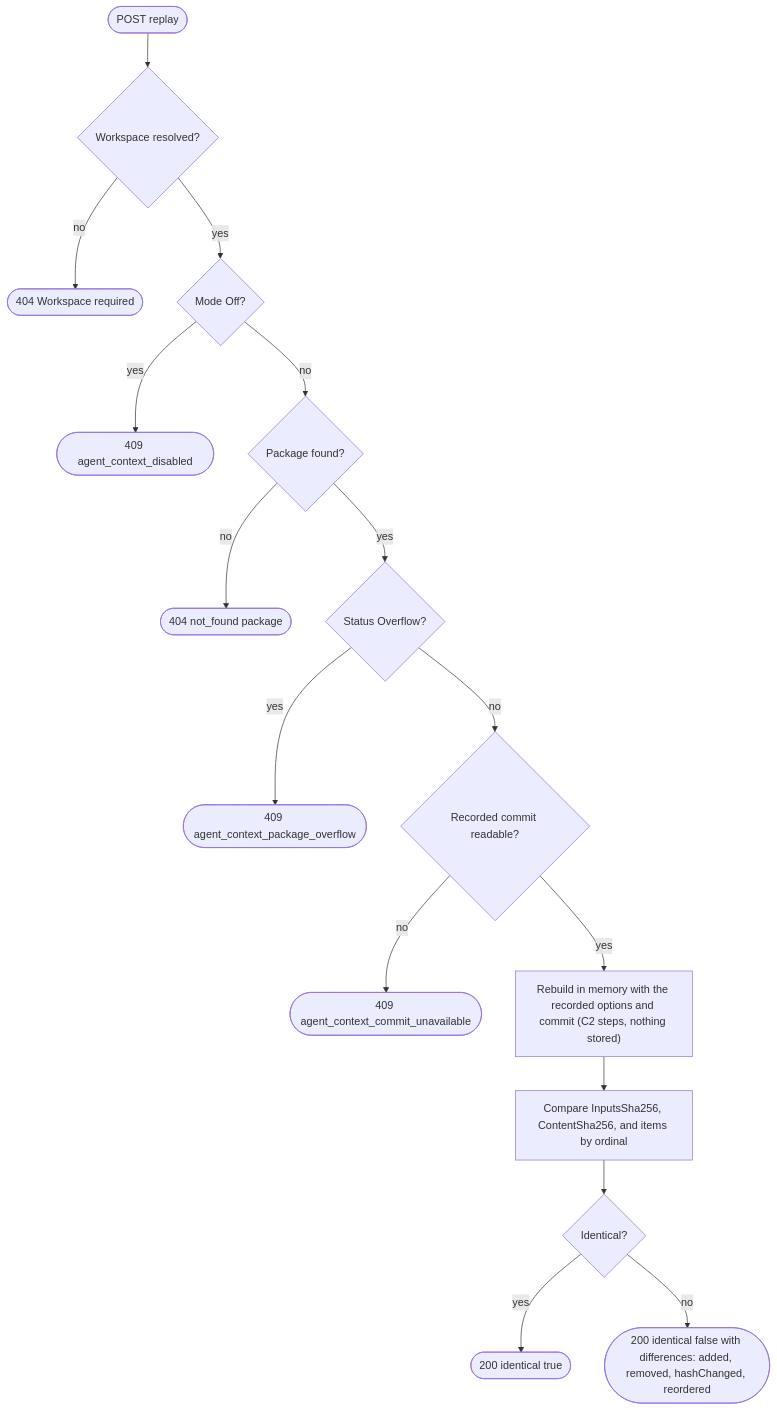
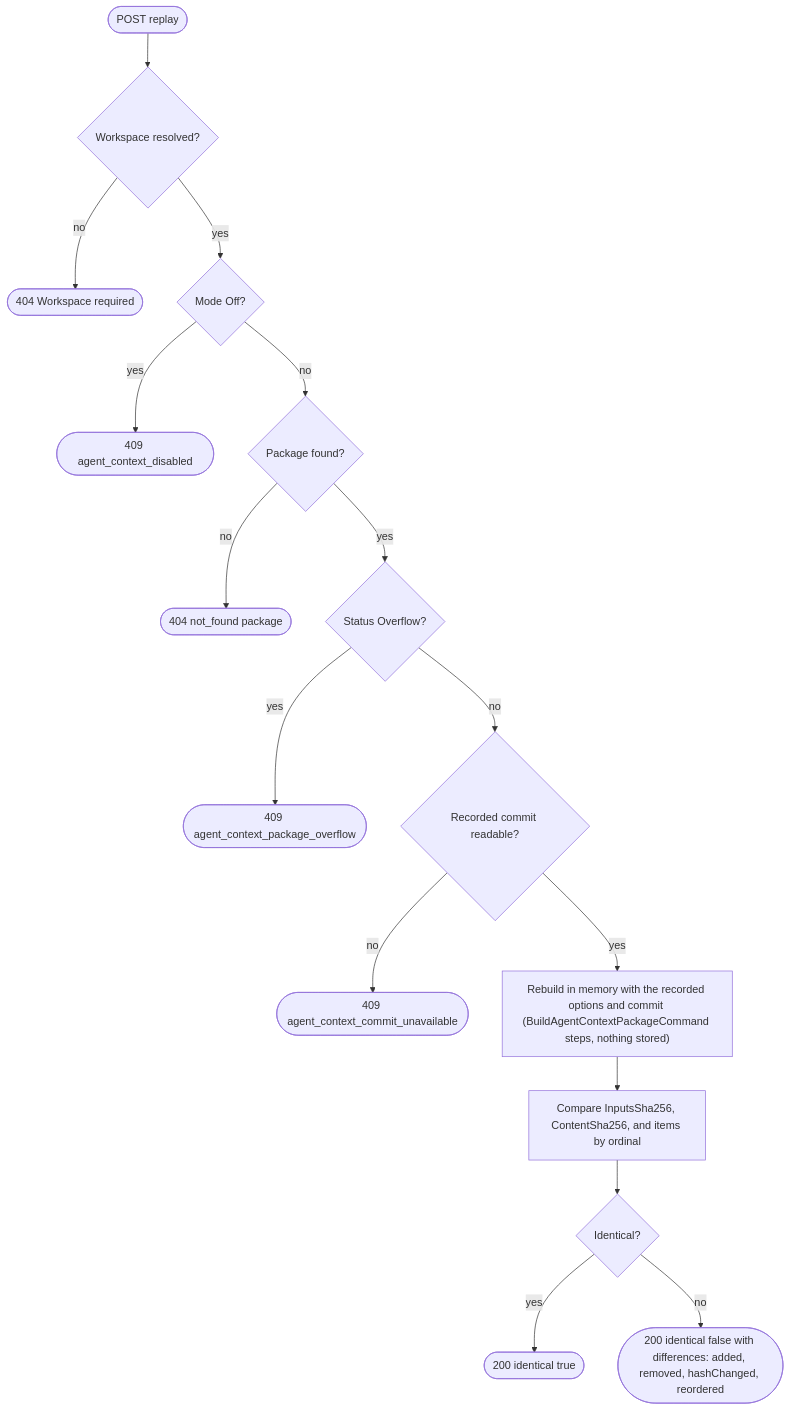
Before and after one commit to sharpninja/McpServer: the seventh of 59 diagrams in docs/Stateless-Agent-Context-Management.md, drawn with Mermaid. The commit also changed other lines of this file, not shown here.

First line of the commit message:
docs: update stateless agent context for the PowerShell-only plugin core

````diff
--- a/docs/Stateless-Agent-Context-Management.md
+++ b/docs/Stateless-Agent-Context-Management.md
@@ -356,18 +386,18 @@
 ```mermaid
 flowchart TD
     S(["POST replay"]) --> W{"Workspace resolved?"}
     W -->|no| E0(["404 Workspace required"])
     W -->|yes| MO{"Mode Off?"}
     MO -->|yes| E1(["409 agent_context_disabled"])
     MO -->|no| F{"Package found?"}
     F -->|no| E2(["404 not_found package"])
     F -->|yes| OV{"Status Overflow?"}
     OV -->|yes| E3(["409 agent_context_package_overflow"])
     OV -->|no| C{"Recorded commit readable?"}
     C -->|no| E4(["409 agent_context_commit_unavailable"])
-    C -->|yes| RB["Rebuild in memory with the recorded options and commit (C2 steps, nothing stored)"]
+    C -->|yes| RB["Rebuild in memory with the recorded options and commit (BuildAgentContextPackageCommand steps, nothing stored)"]
     RB --> CMP["Compare InputsSha256, ContentSha256, and items by ordinal"]
     CMP --> SAME{"Identical?"}
     SAME -->|yes| R1(["200 identical true"])
     SAME -->|no| R2(["200 identical false with differences: added, removed, hashChanged, reordered"])
 ```
````
